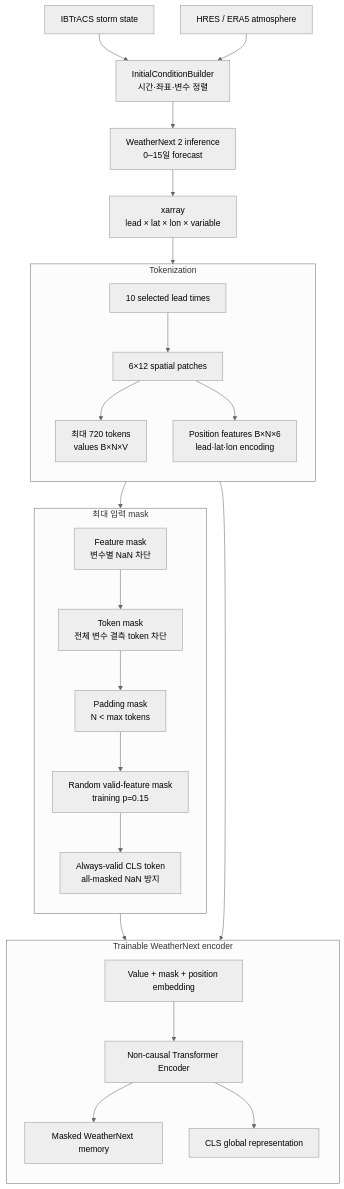
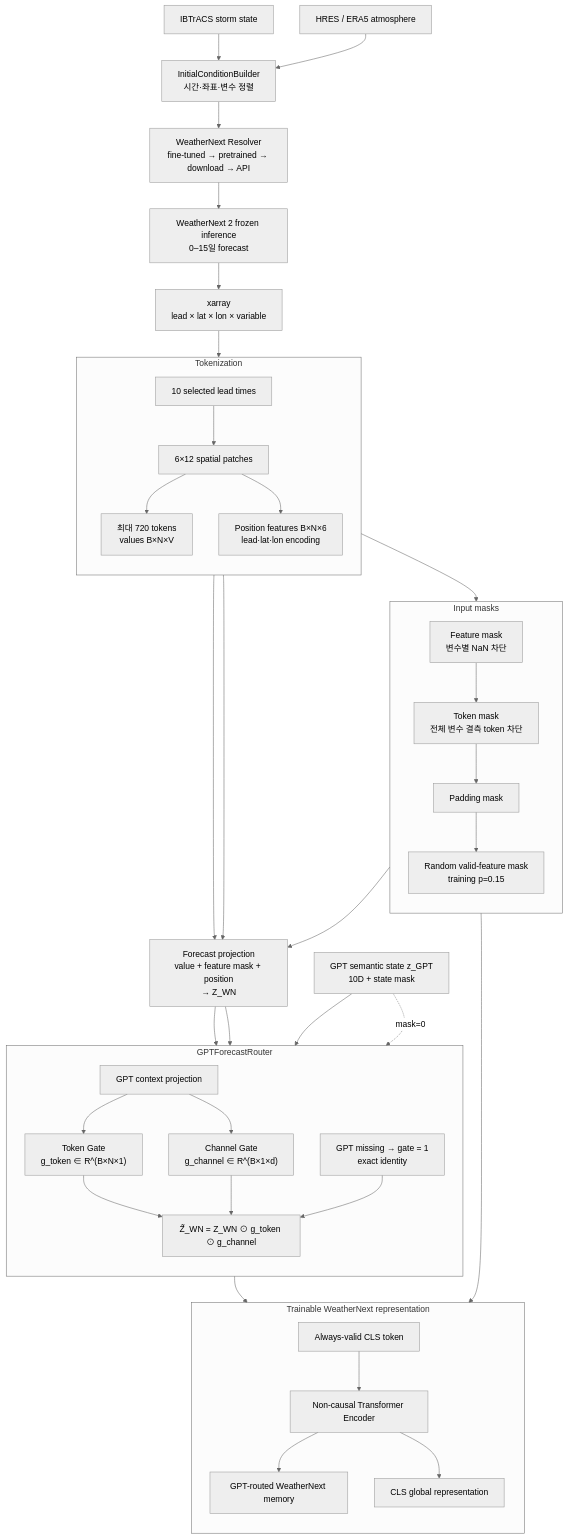
The diagram in struct-picture/02-weathernext-transformer.md (nayehyeon61-glitch/typnonn_preesure_data_loader), drawn with Mermaid (neutral theme) before and after one commit. The commit also changed other lines of this file, not shown here.

Commit message:
Add GPT routing to WeatherNext transformer diagram

````diff
--- a/struct-picture/02-weathernext-transformer.md
+++ b/struct-picture/02-weathernext-transformer.md
@@ -3,55 +3,81 @@
 ```mermaid
 flowchart TB
     IB["IBTrACS storm state"]
     ATM["HRES / ERA5 atmosphere"]
     BUILDER["InitialConditionBuilder<br/>시간·좌표·변수 정렬"]
-    WN["WeatherNext 2 inference<br/>0–15일 forecast"]
+    RES["WeatherNext Resolver<br/>fine-tuned → pretrained → download → API"]
+    WN["WeatherNext 2 frozen inference<br/>0–15일 forecast"]
     XR["xarray<br/>lead × lat × lon × variable"]
 
     IB --> BUILDER
     ATM --> BUILDER
-    BUILDER --> WN
+    BUILDER --> RES
+    RES --> WN
     WN --> XR
 
     subgraph TOKENIZE["Tokenization"]
         direction TB
         LEAD["10 selected lead times"]
         PATCH["6×12 spatial patches"]
         TOKEN["최대 720 tokens<br/>values B×N×V"]
         POS["Position features B×N×6<br/>lead·lat·lon encoding"]
     end
 
     XR --> LEAD
     LEAD --> PATCH
     PATCH --> TOKEN
     PATCH --> POS
 
-    subgraph MASKS["최대 입력 mask"]
+    subgraph MASKS["Input masks"]
         direction TB
         FEATURE["Feature mask<br/>변수별 NaN 차단"]
         TOKENMASK["Token mask<br/>전체 변수 결측 token 차단"]
-        PAD["Padding mask<br/>N < max tokens"]
+        PAD["Padding mask"]
         RANDOM["Random valid-feature mask<br/>training p=0.15"]
-        CLS["Always-valid CLS token<br/>all-masked NaN 방지"]
     end
 
     TOKEN --> FEATURE
     FEATURE --> TOKENMASK
     TOKENMASK --> PAD
     PAD --> RANDOM
-    RANDOM --> CLS
 
-    subgraph ENCODER["Trainable WeatherNext encoder"]
+    PROJ["Forecast projection<br/>value + feature mask + position<br/>→ Z_WN"]
+    TOKEN --> PROJ
+    FEATURE --> PROJ
+    POS --> PROJ
+
+    GPT["GPT semantic state z_GPT<br/>10D + state mask"]
+
+    subgraph ROUTER["GPTForecastRouter"]
         direction TB
-        EMBED["Value + mask + position embedding"]
+        CTX["GPT context projection"]
+        TG["Token Gate<br/>g_token ∈ R^(B×N×1)"]
+        CG["Channel Gate<br/>g_channel ∈ R^(B×1×d)"]
+        ROUTE["Z̃_WN = Z_WN ⊙ g_token ⊙ g_channel"]
+        ID["GPT missing → gate = 1<br/>exact identity"]
+    end
+
+    GPT --> CTX
+    CTX --> TG
+    CTX --> CG
+    PROJ --> TG
+    PROJ --> ROUTE
+    TG --> ROUTE
+    CG --> ROUTE
+    GPT -. "mask=0" .-> ID
+    ID --> ROUTE
+
+    subgraph ENCODER["Trainable WeatherNext representation"]
+        direction TB
+        CLS["Always-valid CLS token"]
         TF["Non-causal Transformer Encoder"]
-        MEMORY["Masked WeatherNext memory"]
+        MEMORY["GPT-routed WeatherNext memory"]
         GLOBAL["CLS global representation"]
     end
 
-    CLS --> EMBED
-    POS --> EMBED
-    EMBED --> TF
+    ROUTE --> CLS
+    CLS --> TF
+    RANDOM --> TF
     TF --> MEMORY
     TF --> GLOBAL
 ```
````
